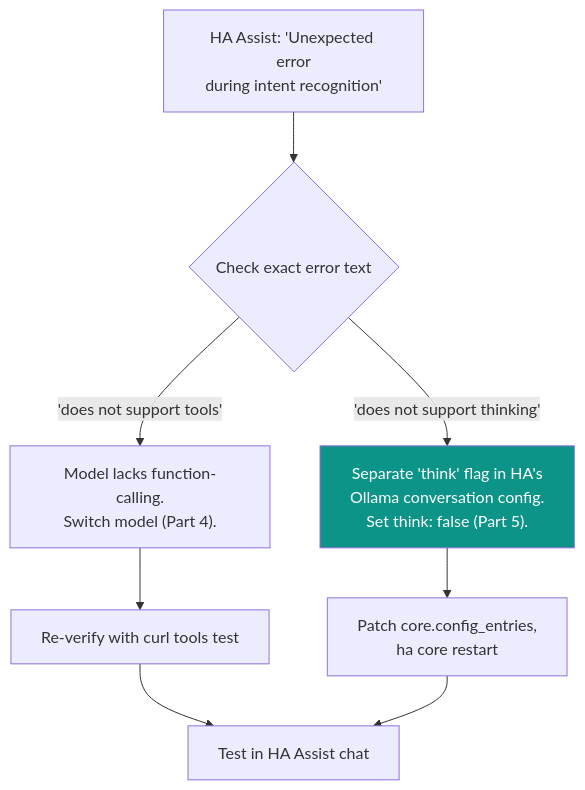
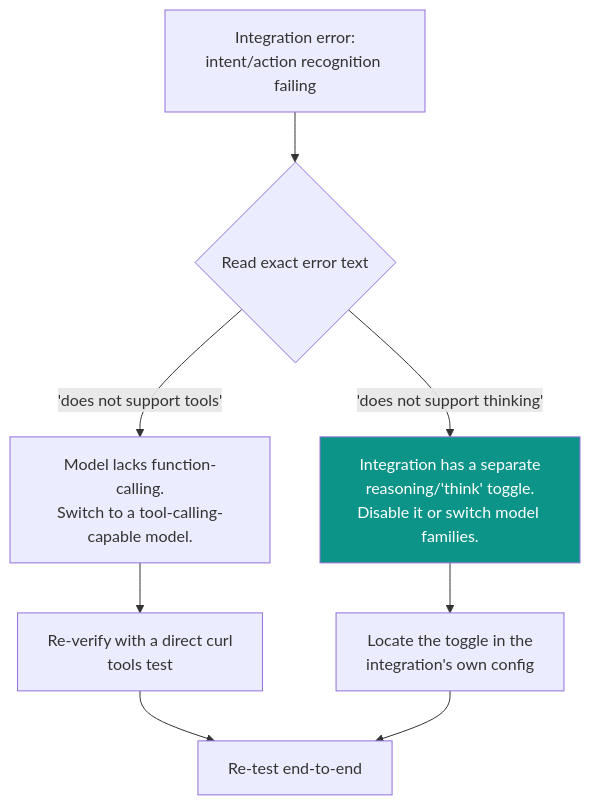
The fifth of 5 diagrams in genai/tailscale-ollama-homeassistant-bridging.md (nagarjunr/developers-guide), drawn with Mermaid before and after one commit. The commit also changed other lines of this file, not shown here.

````diff
--- a/genai/tailscale-ollama-homeassistant-bridging.md
+++ b/genai/tailscale-ollama-homeassistant-bridging.md
@@ -341,11 +302,11 @@
 ```mermaid
 flowchart TD
-    A["HA Assist: 'Unexpected error<br/>during intent recognition'"] --> B{"Check exact error text"}
-    B -- "'does not support tools'" --> C["Model lacks function-calling.<br/>Switch model (Part 4)."]
-    B -- "'does not support thinking'" --> D["Separate 'think' flag in HA's<br/>Ollama conversation config.<br/>Set think: false (Part 5)."]
-    C --> E["Re-verify with curl tools test"]
-    D --> F["Patch core.config_entries,<br/>ha core restart"]
-    E --> G["Test in HA Assist chat"]
+    A["Integration error:<br/>intent/action recognition failing"] --> B{"Read exact error text"}
+    B -- "'does not support tools'" --> C["Model lacks function-calling.<br/>Switch to a tool-calling-capable model."]
+    B -- "'does not support thinking'" --> D["Integration has a separate<br/>reasoning/'think' toggle.<br/>Disable it or switch model families."]
+    C --> E["Re-verify with a direct curl<br/>tools test"]
+    D --> F["Locate the toggle in the<br/>integration's own config"]
+    E --> G["Re-test end-to-end"]
     F --> G
     style D fill:#0d9488,color:#fff
 ```
````
